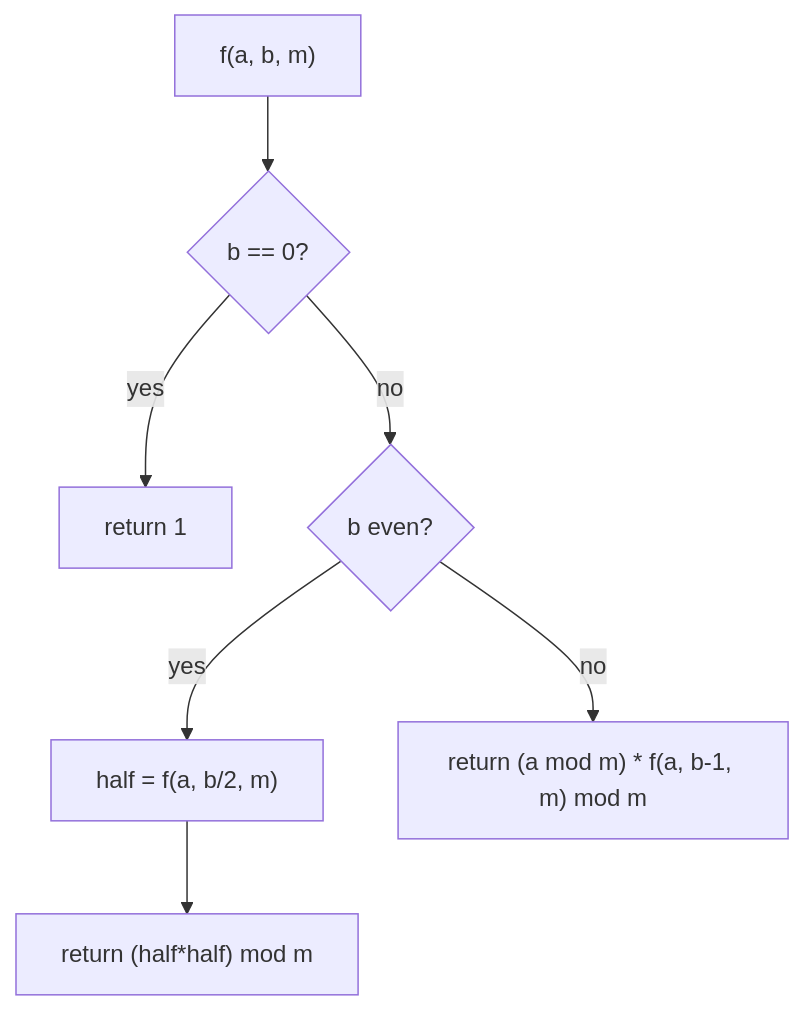
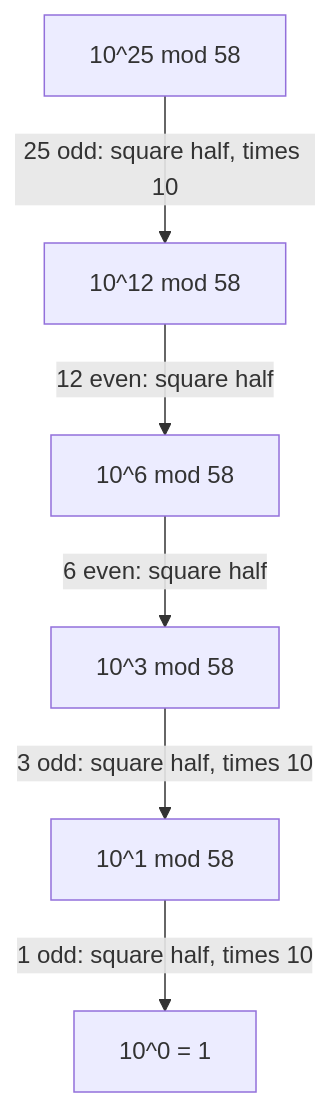
The diagram in docs/unit4/topic6.md (norbutlepcha25/CSF302), drawn with Mermaid before and after one commit. The commit also changed other lines of this file and 79 other files, not shown here.

````diff
--- a/docs/unit4/topic6.md
+++ b/docs/unit4/topic6.md
@@ -260,9 +132,8 @@
 ```mermaid
 flowchart TD
-    A["f(a, b, m)"] --> B{"b == 0?"}
-    B -- yes --> C["return 1"]
-    B -- no --> D{"b even?"}
-    D -- yes --> E["half = f(a, b/2, m)"]
-    E --> F["return (half*half) mod m"]
-    D -- no --> G["return (a mod m) * f(a, b-1, m) mod m"]
+    A["10^25 mod 58"] -->|"25 odd: square half, times 10"| B["10^12 mod 58"]
+    B -->|"12 even: square half"| C["10^6 mod 58"]
+    C -->|"6 even: square half"| D["10^3 mod 58"]
+    D -->|"3 odd: square half, times 10"| E["10^1 mod 58"]
+    E -->|"1 odd: square half, times 10"| F["10^0 = 1"]
 ```
````
